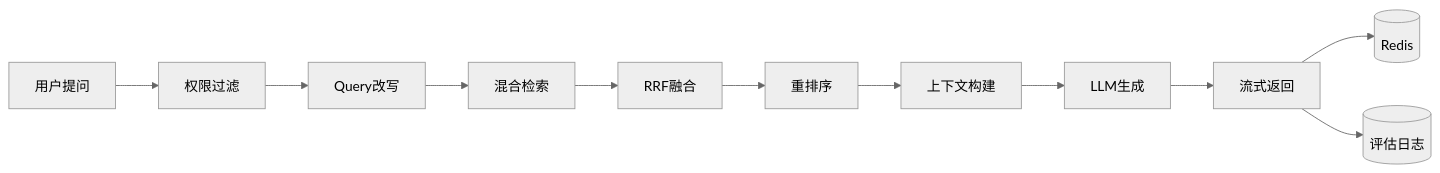
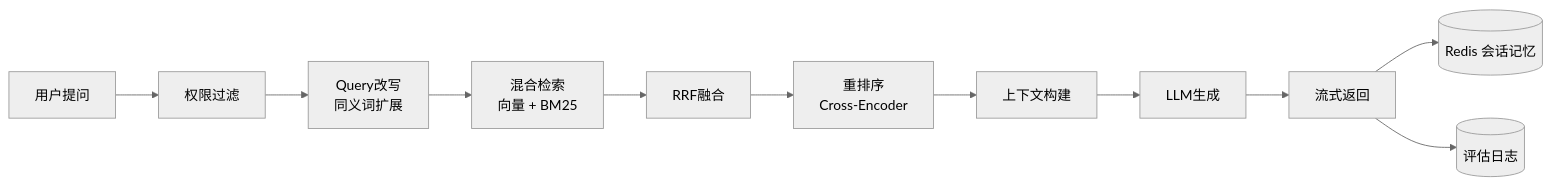
One commit to honglanjingyu/PaperReadingRAG changed the second of 6 diagrams in README.md. Above: the diagram before and after it, drawn with Mermaid (neutral theme). The commit also changed other lines of this file and 28 other files, not shown here.

````diff
--- a/README.md
+++ b/README.md
@@ -43,13 +68,13 @@
 ```mermaid
 graph LR
     A[用户提问] --> B[权限过滤]
-    B --> C[Query改写]
-    C --> D[混合检索]
+    B --> C[Query改写<br>同义词扩展]
+    C --> D[混合检索<br>向量 + BM25]
     D --> E[RRF融合]
-    E --> F[重排序]
+    E --> F[重排序<br>Cross-Encoder]
     F --> G[上下文构建]
     G --> H[LLM生成]
     H --> I[流式返回]
-    I --> J[(Redis)]
+    I --> J[(Redis 会话记忆)]
     I --> K[(评估日志)]
 ```
````
